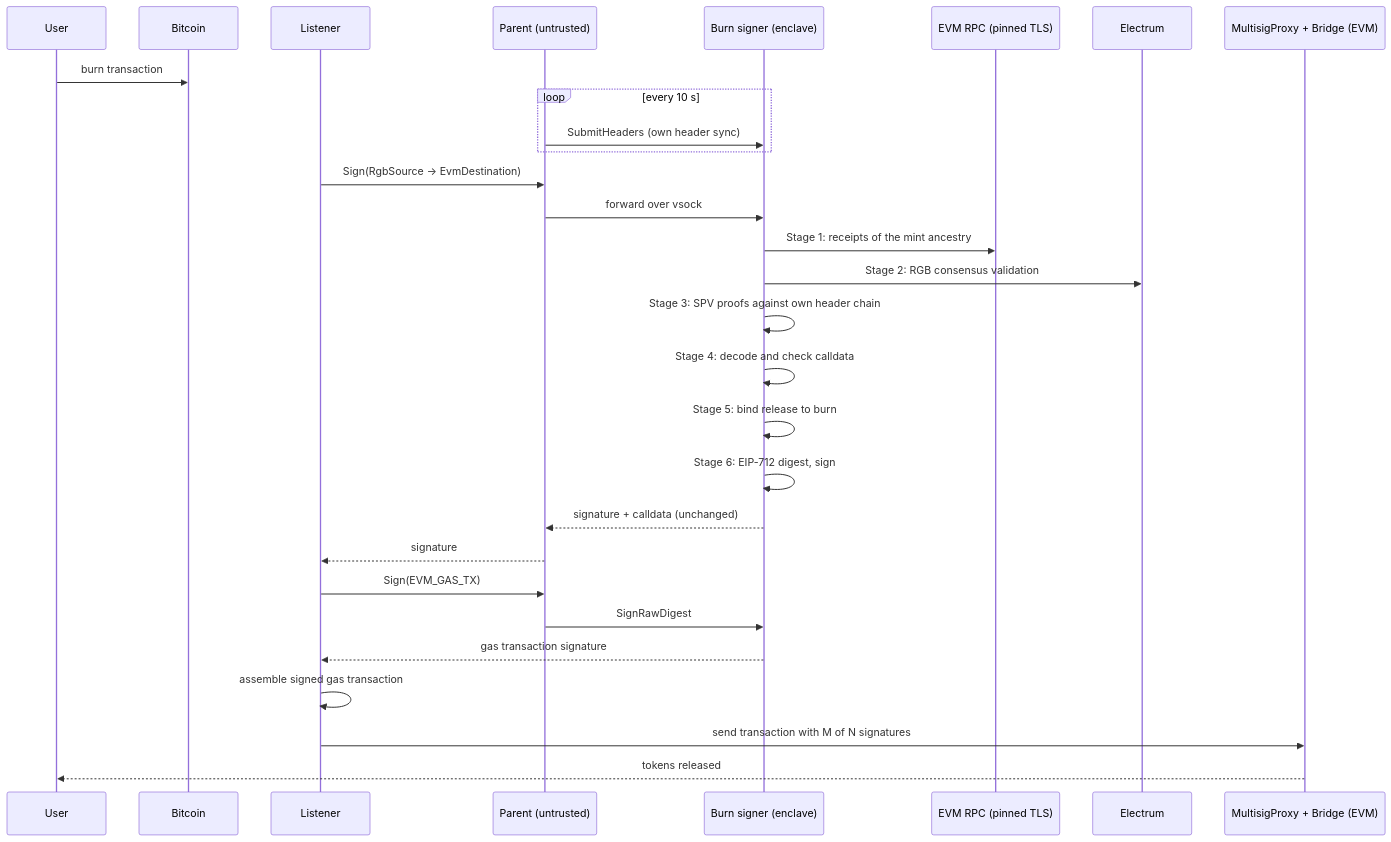
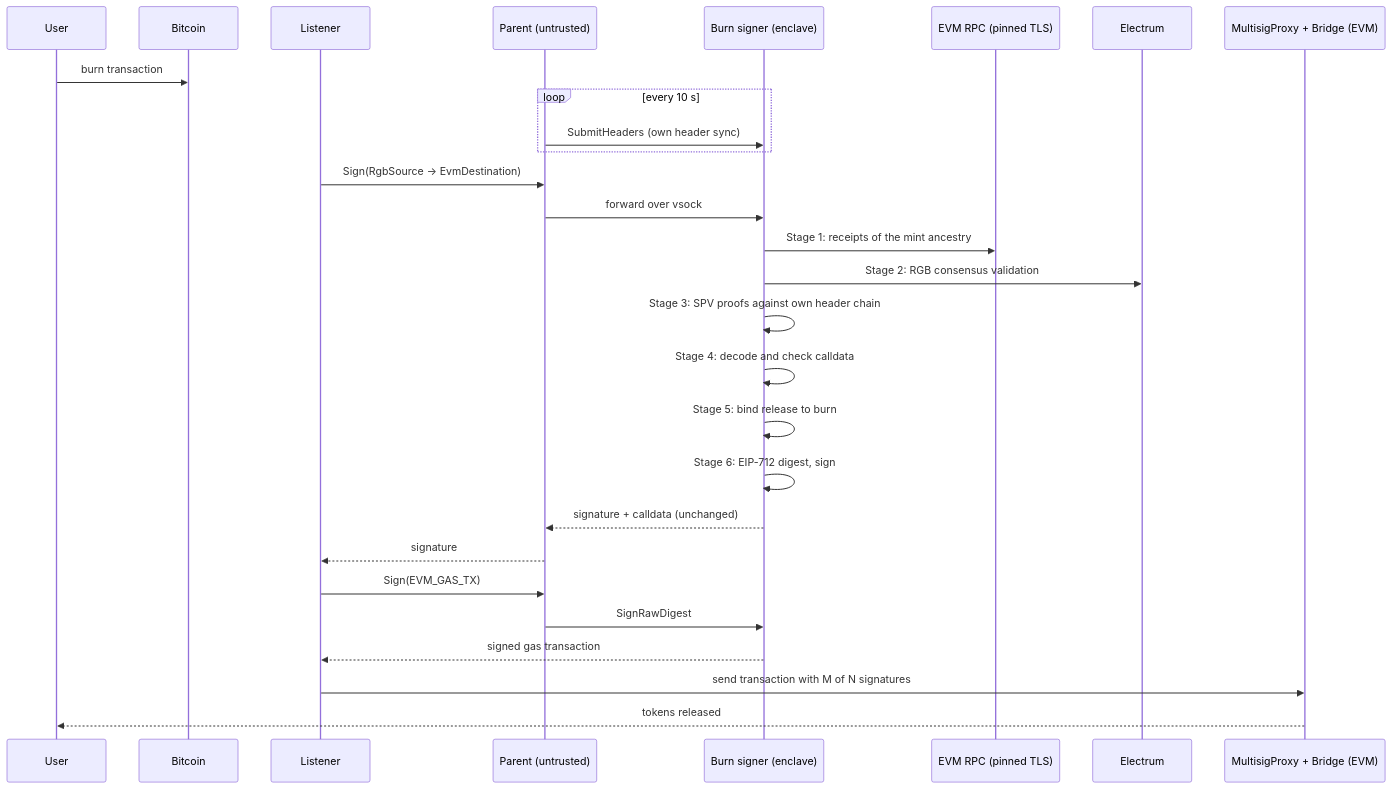
One commit to UTEXO-Protocol/enclave-signer changed the diagram in docs/burn-flow.md. Above: the diagram before and after it, drawn with Mermaid. The commit also changed other lines of this file and 170 other files, not shown here.

````diff
--- a/docs/burn-flow.md
+++ b/docs/burn-flow.md
@@ -44,32 +39,31 @@
 ```mermaid
 sequenceDiagram
     participant U as User
     participant BT as Bitcoin
     participant L as Listener
     participant P as Parent (untrusted)
     participant E as Burn signer (enclave)
     participant R as EVM RPC (pinned TLS)
     participant X as Electrum
     participant C as MultisigProxy + Bridge (EVM)
 
     U->>BT: burn transaction
     loop every 10 s
         P->>E: SubmitHeaders (own header sync)
     end
     L->>P: Sign(RgbSource -> EvmDestination)
     P->>E: forward over vsock
     E->>R: Stage 1: receipts of the mint ancestry
     E->>X: Stage 2: RGB consensus validation
     E->>E: Stage 3: SPV proofs against own header chain
     E->>E: Stage 4: decode and check calldata
     E->>E: Stage 5: bind release to burn
     E->>E: Stage 6: EIP-712 digest, sign
     E-->>P: signature + calldata (unchanged)
     P-->>L: signature
     L->>P: Sign(EVM_GAS_TX)
     P->>E: SignRawDigest
-    E-->>L: gas transaction signature
-    L->>L: assemble signed gas transaction
+    E-->>L: signed gas transaction
     L->>C: send transaction with M of N signatures
     C-->>U: tokens released
 ```
````
